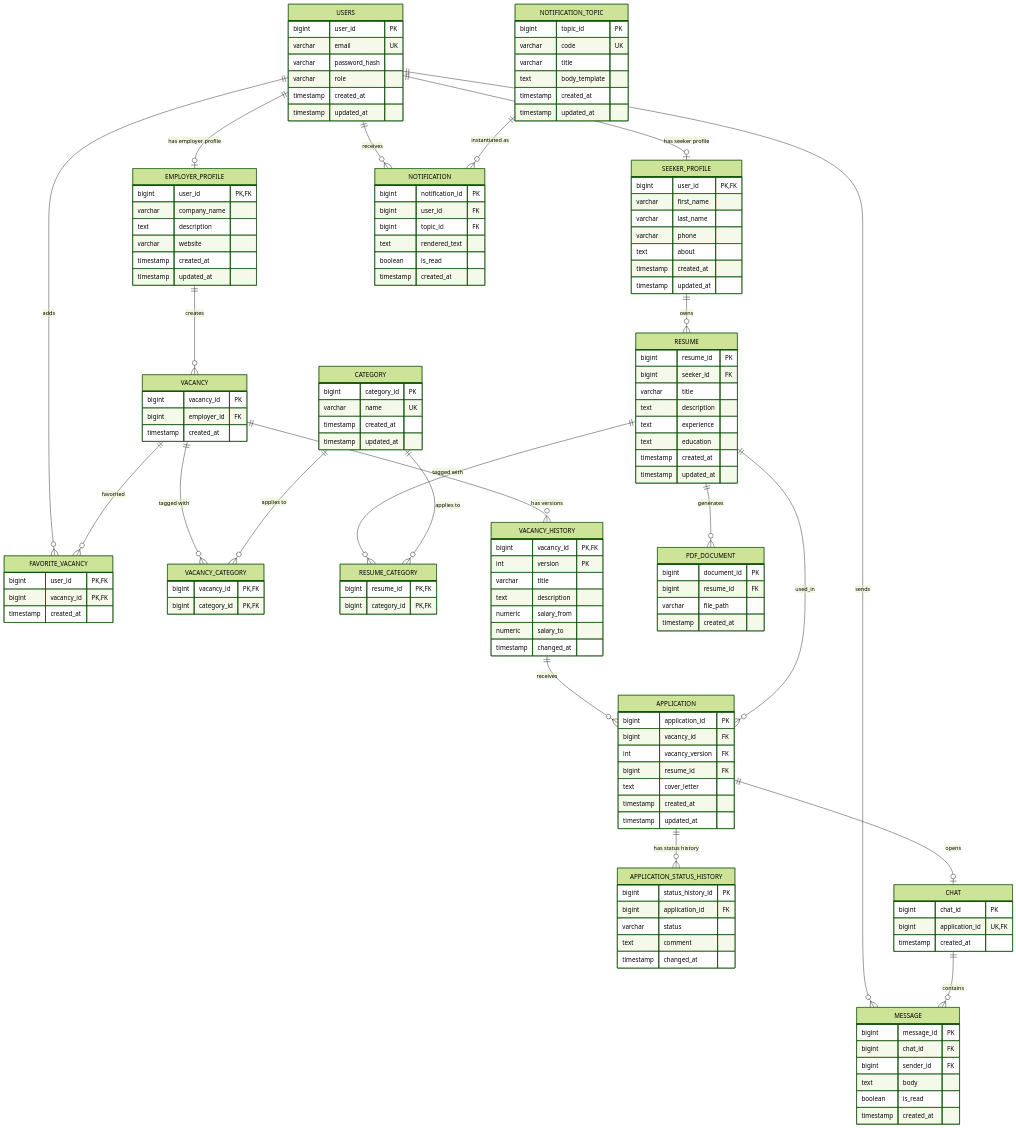
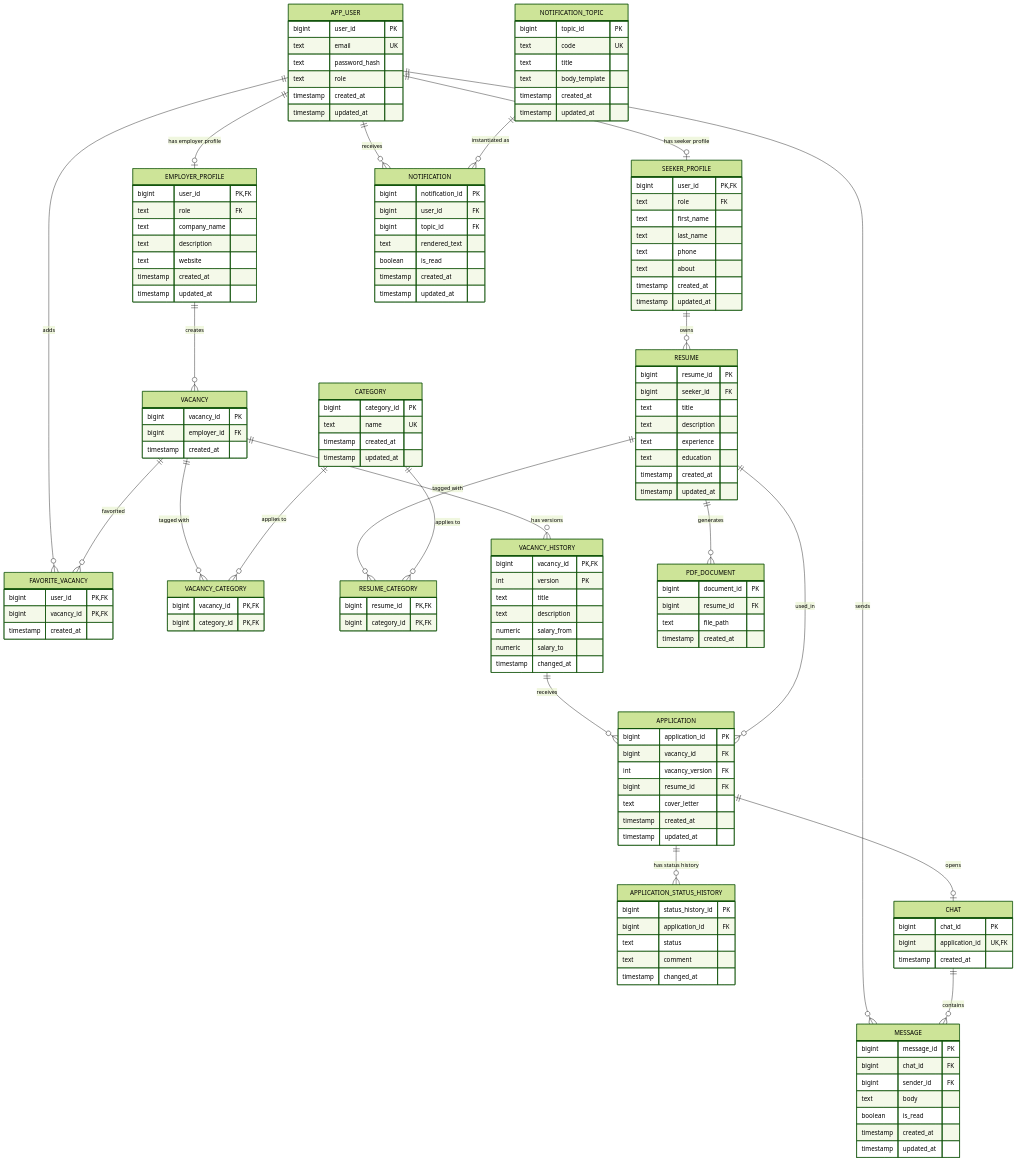
The diagram in db/normalized/er_diagram.md (go-park-mail-ru/2026_2_villain_go_sync_backend), drawn with Mermaid (forest theme) before and after one commit. The commit also changed 21 other files, not shown here.

Commit message:
fix: address database schema review

````diff
--- a/db/normalized/er_diagram.md
+++ b/db/normalized/er_diagram.md
@@ -3,10 +3,10 @@
 ```mermaid
 erDiagram
-    USERS ||--o| EMPLOYER_PROFILE : "has employer profile"
-    USERS ||--o| SEEKER_PROFILE : "has seeker profile"
-    USERS ||--o{ NOTIFICATION : receives
-    USERS ||--o{ FAVORITE_VACANCY : adds
-    USERS ||--o{ MESSAGE : sends
+    APP_USER ||--o| EMPLOYER_PROFILE : "has employer profile"
+    APP_USER ||--o| SEEKER_PROFILE : "has seeker profile"
+    APP_USER ||--o{ NOTIFICATION : receives
+    APP_USER ||--o{ FAVORITE_VACANCY : adds
+    APP_USER ||--o{ MESSAGE : sends
 
     EMPLOYER_PROFILE ||--o{ VACANCY : creates
     SEEKER_PROFILE ||--o{ RESUME : owns
@@ -32,29 +32,31 @@
 
     NOTIFICATION_TOPIC ||--o{ NOTIFICATION : "instantiated as"
 
-    USERS {
+    APP_USER {
         bigint user_id PK
-        varchar email UK
-        varchar password_hash
-        varchar role
+        text email UK
+        text password_hash
+        text role
         timestamp created_at
         timestamp updated_at
     }
 
     EMPLOYER_PROFILE {
         bigint user_id PK, FK
-        varchar company_name
+        text role FK
+        text company_name
         text description
-        varchar website
+        text website
         timestamp created_at
         timestamp updated_at
     }
 
     SEEKER_PROFILE {
         bigint user_id PK, FK
-        varchar first_name
-        varchar last_name
-        varchar phone
+        text role FK
+        text first_name
+        text last_name
+        text phone
         text about
         timestamp created_at
         timestamp updated_at
@@ -62,7 +64,7 @@
 
     CATEGORY {
         bigint category_id PK
-        varchar name UK
+        text name UK
         timestamp created_at
         timestamp updated_at
     }
@@ -81,7 +83,7 @@
     VACANCY_HISTORY {
         bigint vacancy_id PK, FK
         int version PK
-        varchar title
+        text title
         text description
         numeric salary_from
         numeric salary_to
@@ -91,7 +93,7 @@
     RESUME {
         bigint resume_id PK
         bigint seeker_id FK
-        varchar title
+        text title
         text description
         text experience
         text education
@@ -117,7 +119,7 @@
     APPLICATION_STATUS_HISTORY {
         bigint status_history_id PK
         bigint application_id FK
-        varchar status
+        text status
         text comment
         timestamp changed_at
     }
@@ -130,8 +132,8 @@
 
     NOTIFICATION_TOPIC {
         bigint topic_id PK
-        varchar code UK
-        varchar title
+        text code UK
+        text title
         text body_template
         timestamp created_at
         timestamp updated_at
@@ -144,12 +146,13 @@
         text rendered_text
         boolean is_read
         timestamp created_at
+        timestamp updated_at
     }
 
     PDF_DOCUMENT {
         bigint document_id PK
         bigint resume_id FK
-        varchar file_path
+        text file_path
         timestamp created_at
     }
 
@@ -166,5 +169,6 @@
         text body
         boolean is_read
         timestamp created_at
+        timestamp updated_at
     }
 ```
````
